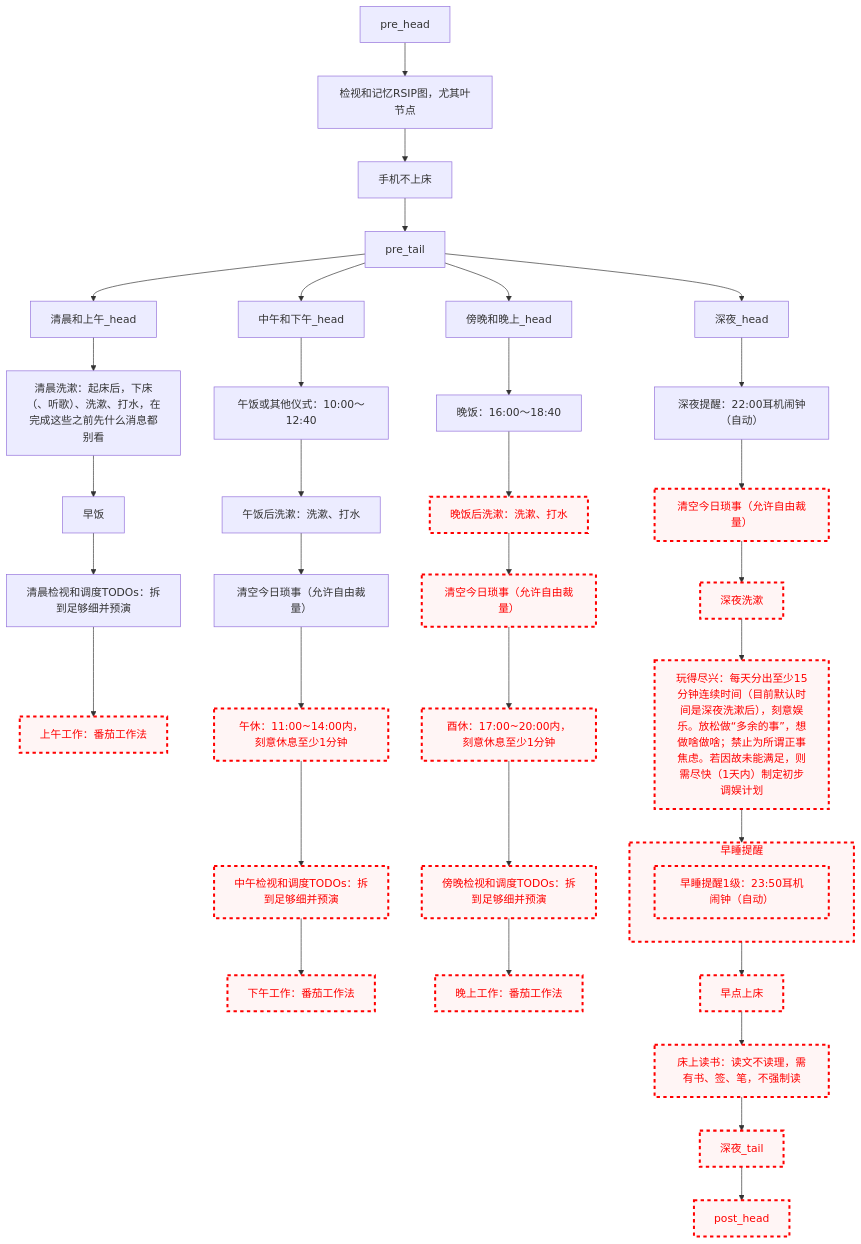
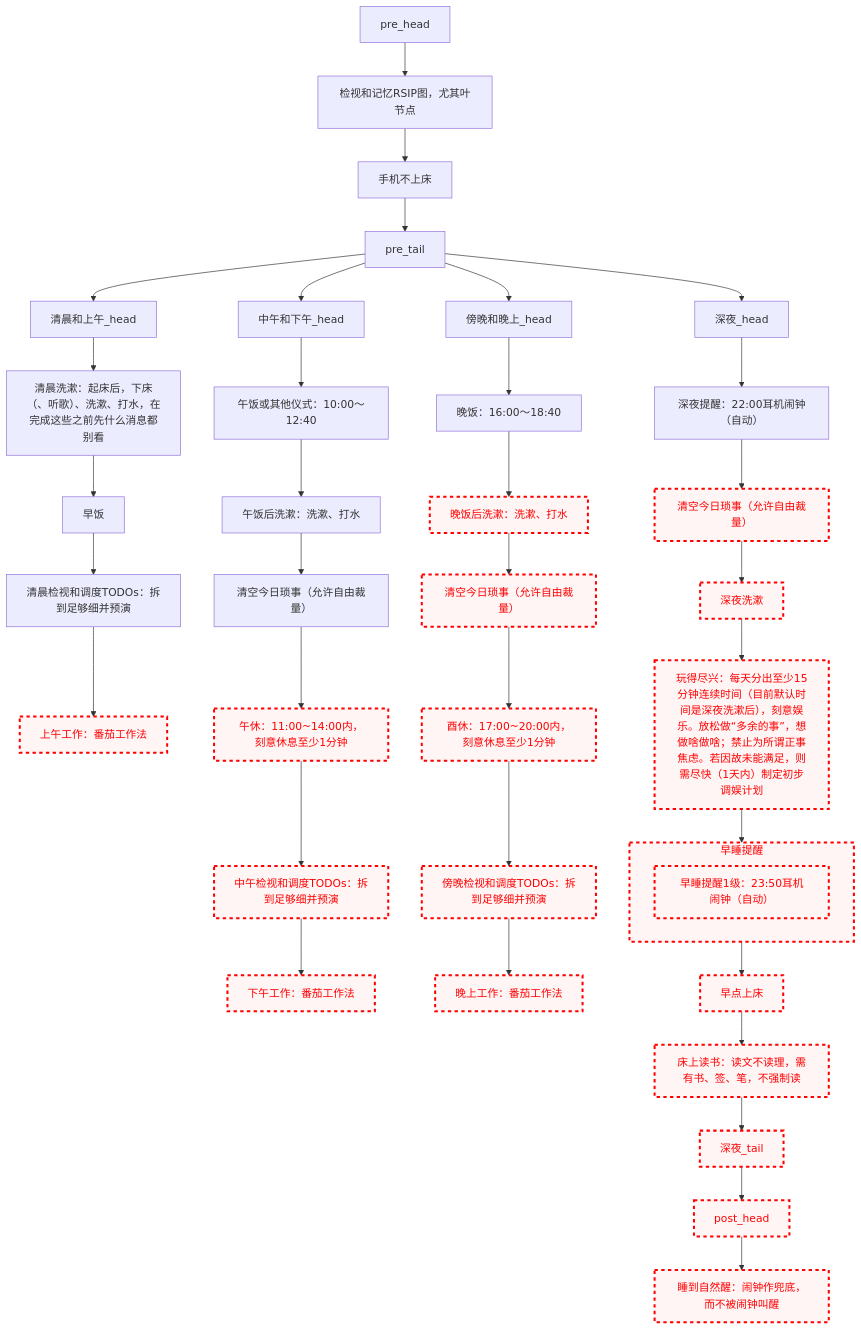
Before and after one commit to Ethkuil/RSIP-tree: the diagram in README.md, drawn with Mermaid.

Commit message:
insert 睡到自然醒

````diff
--- a/README.md
+++ b/README.md
@@ -21,67 +21,69 @@
 ```mermaid
 graph TD
 
 classDef failed stroke:#ff0000, stroke-width:3px, color:#ff0000, fill:#fff5f5, stroke-dasharray: 5
 
 pre_head --> RSIP[检视和记忆RSIP图，尤其叶节点]
 RSIP --> 手机不上床
 手机不上床 --> pre_tail
 
 
 pre_tail --> 清晨和上午_head
 清晨和上午_head --> 清晨洗漱
 清晨洗漱[清晨洗漱：起床后，下床（、听歌）、洗漱、打水，在完成这些之前先什么消息都别看]
 清晨洗漱 --> 早饭
 早饭 --> 清晨看TODO[清晨检视和调度TODOs：拆到足够细并预演]
 清晨看TODO --> 上午工作[上午工作：番茄工作法]
 class 上午工作 failed
 
 pre_tail --> 中午和下午_head
 中午和下午_head --> 午饭[午饭或其他仪式：10:00～12:40]
 午饭 --> 午饭后洗漱[午饭后洗漱：洗漱、打水]
 午饭后洗漱 --> 中午今日琐事[清空今日琐事（允许自由裁量）]
 中午今日琐事 --> 午休[午休：11:00~14:00内，刻意休息至少1分钟]
 class 午休 failed
 午休 --> 中午看TODO[中午检视和调度TODOs：拆到足够细并预演]
 class 中午看TODO failed
 中午看TODO --> 下午工作[下午工作：番茄工作法]
 class 下午工作 failed
 
 pre_tail --> 傍晚和晚上_head
 傍晚和晚上_head --> 晚饭[晚饭：16:00～18:40]
 晚饭 --> 晚饭后洗漱[晚饭后洗漱：洗漱、打水]
 class 晚饭后洗漱 failed
 晚饭后洗漱 --> 傍晚今日琐事[清空今日琐事（允许自由裁量）]
 class 傍晚今日琐事 failed
 傍晚今日琐事 --> 酉休[酉休：17:00~20:00内，刻意休息至少1分钟]
 class 酉休 failed
 酉休 --> 傍晚看TODO[傍晚检视和调度TODOs：拆到足够细并预演]
 class 傍晚看TODO failed
 傍晚看TODO --> 晚上工作[晚上工作：番茄工作法]
 class 晚上工作 failed
 
 pre_tail --> 深夜_head
 深夜_head --> 深夜提醒[深夜提醒：22:00耳机闹钟（自动）]
 深夜提醒 --> 深夜今日琐事[清空今日琐事（允许自由裁量）]
 class 深夜今日琐事 failed
 深夜今日琐事 --> 深夜洗漱
 class 深夜洗漱 failed
 深夜洗漱 --> 玩得尽兴[玩得尽兴：每天分出至少15分钟连续时间（目前默认时间是深夜洗漱后），刻意娱乐。放松做“多余的事”，想做啥做啥；禁止为所谓正事焦虑。若因故未能满足，则需尽快（1天内）制定初步调娱计划]
 class 玩得尽兴 failed
 玩得尽兴 --> 早睡提醒
 subgraph 早睡提醒
   早睡提醒1级[早睡提醒1级：23:50耳机闹钟（自动）]
   class 早睡提醒1级 failed
 end
 class 早睡提醒 failed
 早睡提醒 --> 早点上床
 class 早点上床 failed
 早点上床 --> 床上读书[床上读书：读文不读理，需有书、签、笔，不强制读]
 class 床上读书 failed
 床上读书 --> 深夜_tail
 class 深夜_tail failed
 
 
 深夜_tail --> post_head
 class post_head failed
+post_head --> 睡到自然醒[睡到自然醒：闹钟作兜底，而不被闹钟叫醒]
+class 睡到自然醒 failed
 ```
````
